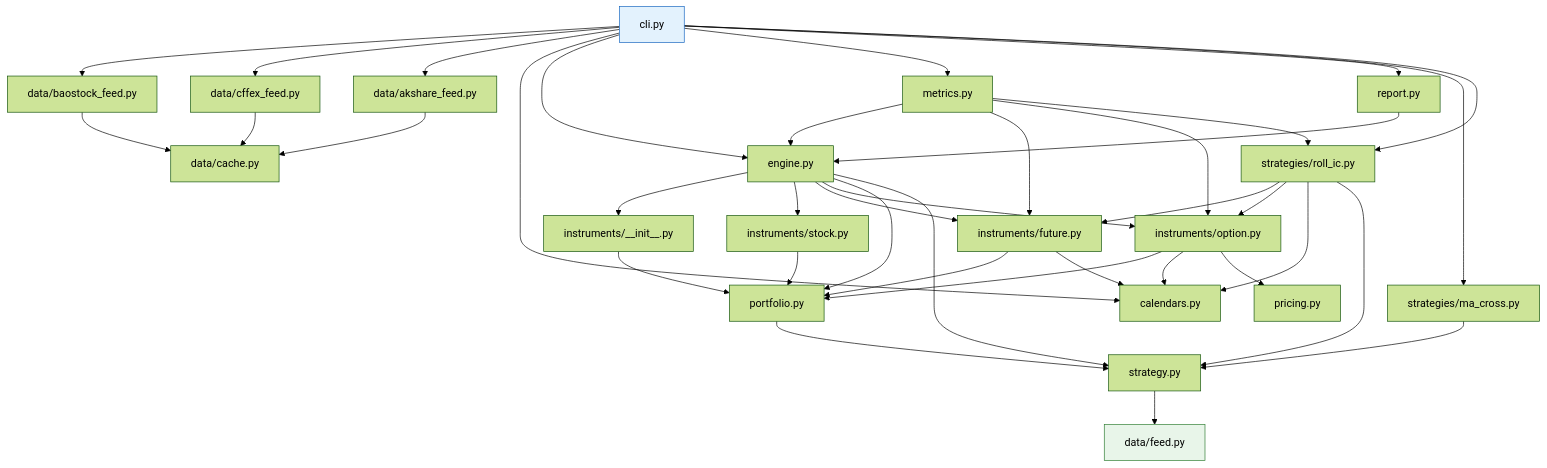
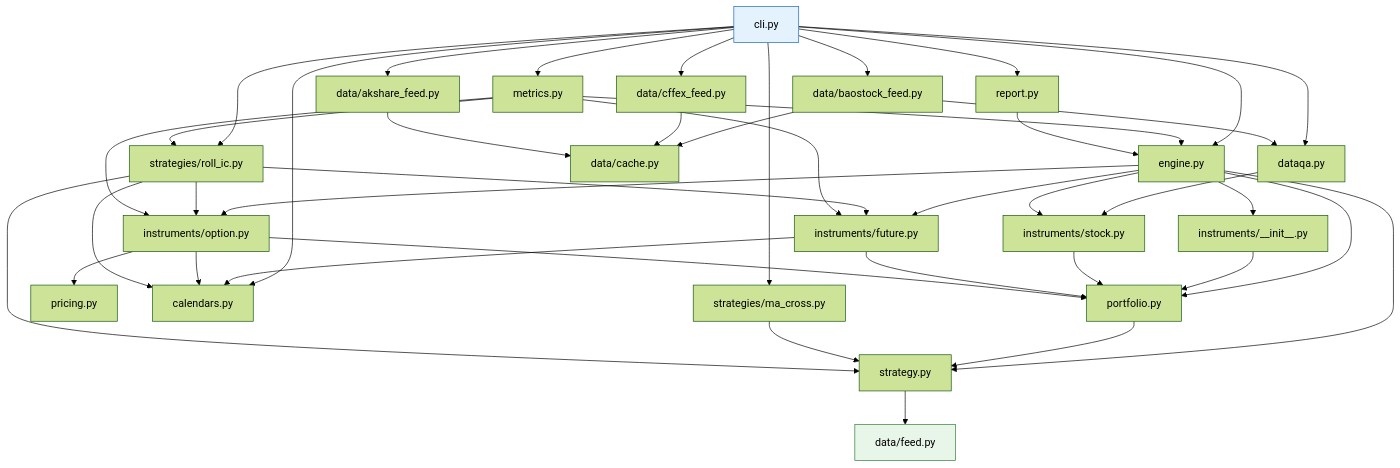
The second of 27 diagrams in docs/code-walkthrough.md (guevara12345/quant), drawn with Mermaid (forest theme) before and after one commit. The commit also changed other lines of this file and 1 other file, not shown here.

````diff
--- a/docs/code-walkthrough.md
+++ b/docs/code-walkthrough.md
@@ -116,65 +116,69 @@
 ```mermaid
 flowchart TD
     cli[cli.py]
     engine[engine.py]
     metrics[metrics.py]
     report[report.py]
     strategy[strategy.py]
     portfolio[portfolio.py]
     rules[instruments/__init__.py]
     stock[instruments/stock.py]
     future[instruments/future.py]
     option[instruments/option.py]
     pricing[pricing.py]
     cal[calendars.py]
     ma[strategies/ma_cross.py]
     roll[strategies/roll_ic.py]
+    dataqa[dataqa.py]
     feed[data/feed.py]
     cache[data/cache.py]
     bao[data/baostock_feed.py]
     cffex[data/cffex_feed.py]
     ak[data/akshare_feed.py]
 
     cli --> bao
     cli --> cffex
     cli --> ak
     cli --> cal
     cli --> engine
     cli --> metrics
     cli --> report
     cli --> ma
     cli --> roll
+    cli --> dataqa
+    dataqa --> stock
     engine --> rules
     engine --> stock
     engine --> future
     engine --> option
     engine --> portfolio
     engine --> strategy
     rules --> portfolio
     stock --> portfolio
     future --> portfolio
     future --> cal
     option --> portfolio
     option --> cal
     option --> pricing
     roll --> future
     roll --> option
     roll --> cal
     metrics --> engine
     metrics --> future
     metrics --> option
     metrics --> roll
     report --> engine
     portfolio --> strategy
     strategy --> feed
     ma --> strategy
     roll --> strategy
     bao --> cache
+    bao --> dataqa
     cffex --> cache
     ak --> cache
 
     classDef bottom fill:#e8f5e9,stroke:#2e7d32
     classDef top fill:#e3f2fd,stroke:#1565c0
     class feed bottom
     class cli top
 ```
````
